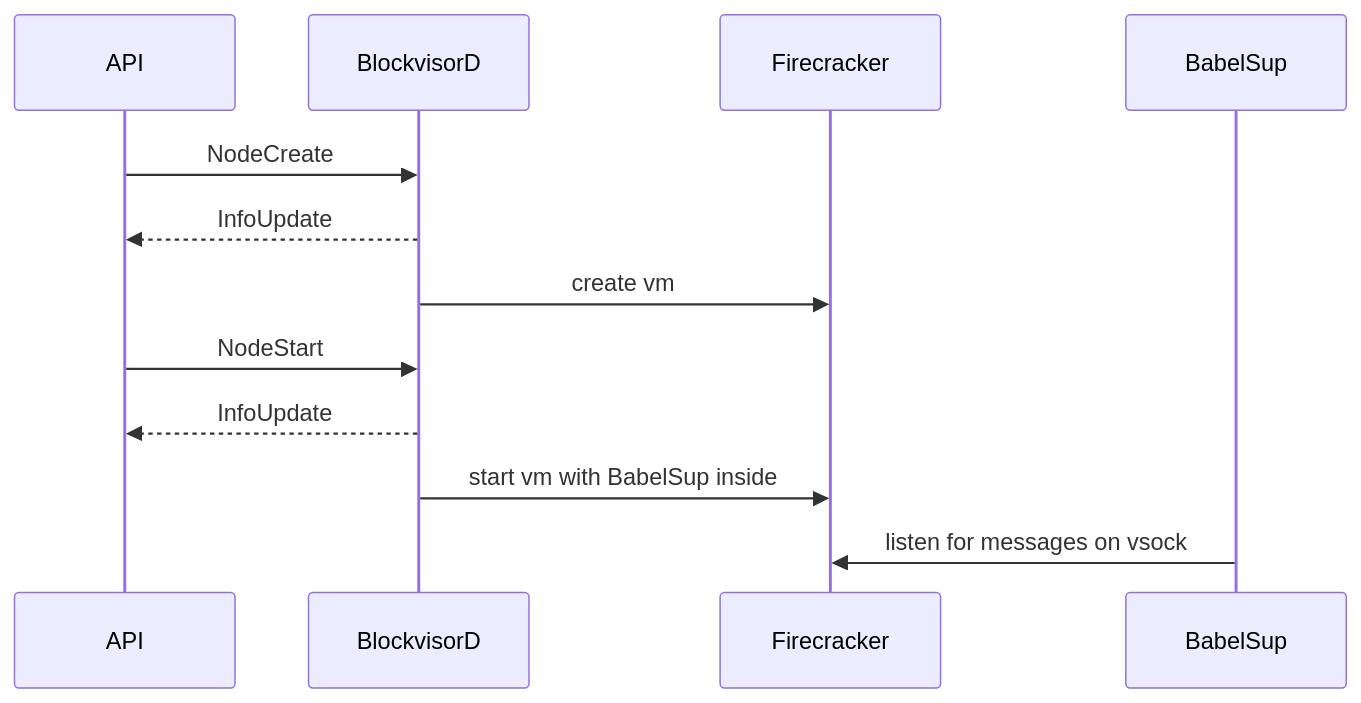
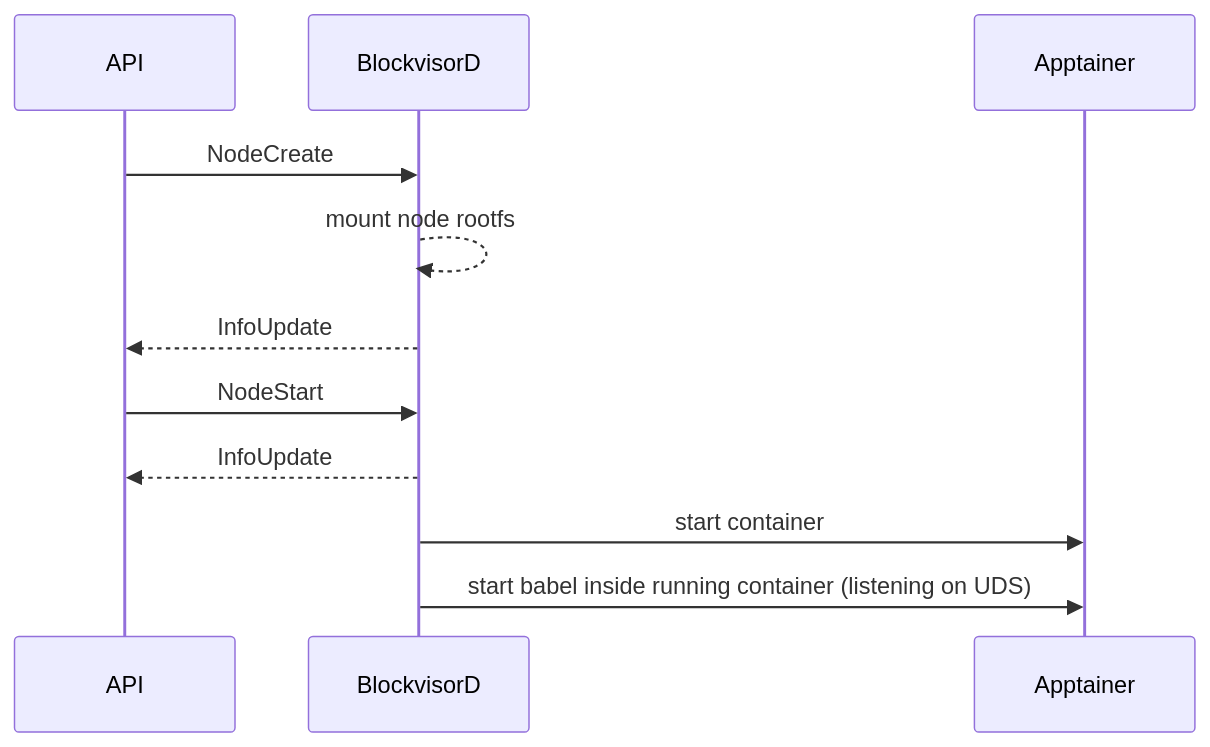
One commit to blockjoy/blockvisor changed the second of 6 diagrams in README.md. Above: the diagram before and after it, drawn with Mermaid. The commit also changed other lines of this file and 8 other files, not shown here.

````diff
--- a/README.md
+++ b/README.md
@@ -125,15 +119,14 @@
 ```mermaid
 sequenceDiagram
     participant backend as API
     participant bv as BlockvisorD
-    participant fc as Firecracker
-    participant babelsup as BabelSup
+    participant apptainer as Apptainer
     
     backend->>bv: NodeCreate
+    bv-->>bv: mount node rootfs
     bv-->>backend: InfoUpdate
-    bv->>fc: create vm
     backend->>bv: NodeStart
     bv-->>backend: InfoUpdate
-    bv->>fc: start vm with BabelSup inside
-    babelsup->>fc: listen for messages on vsock
+    bv->>apptainer: start container
+    bv->>apptainer: start babel inside running container (listening on UDS)
 ```
````
